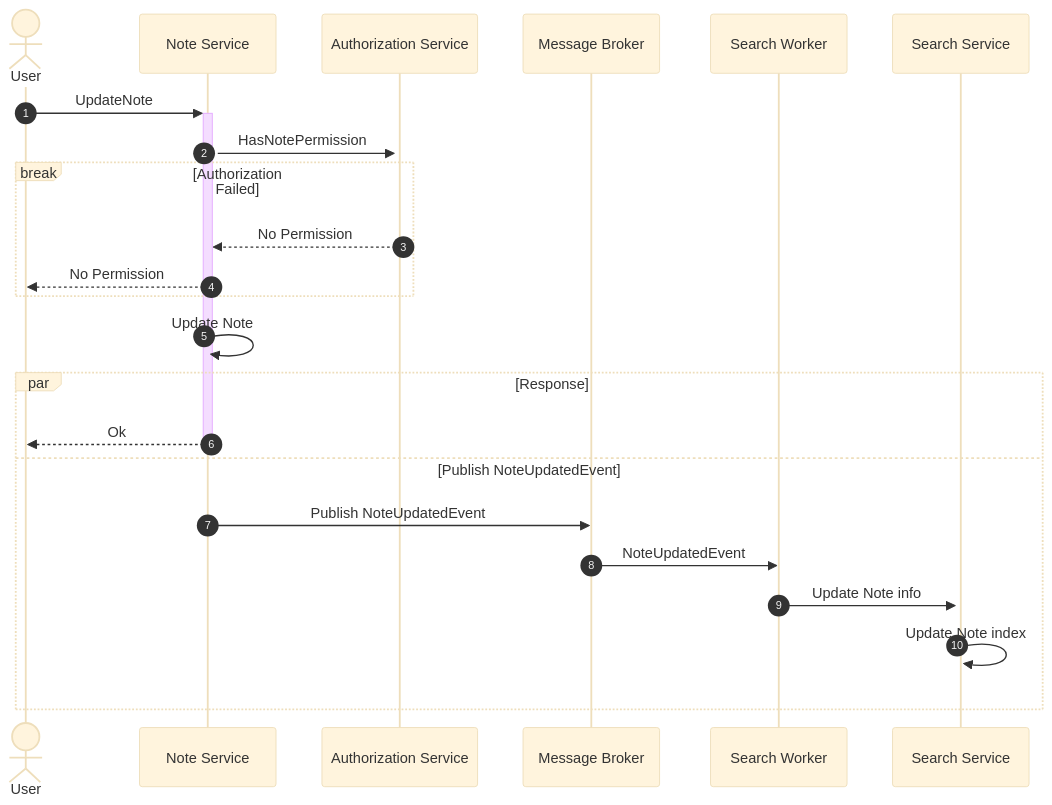
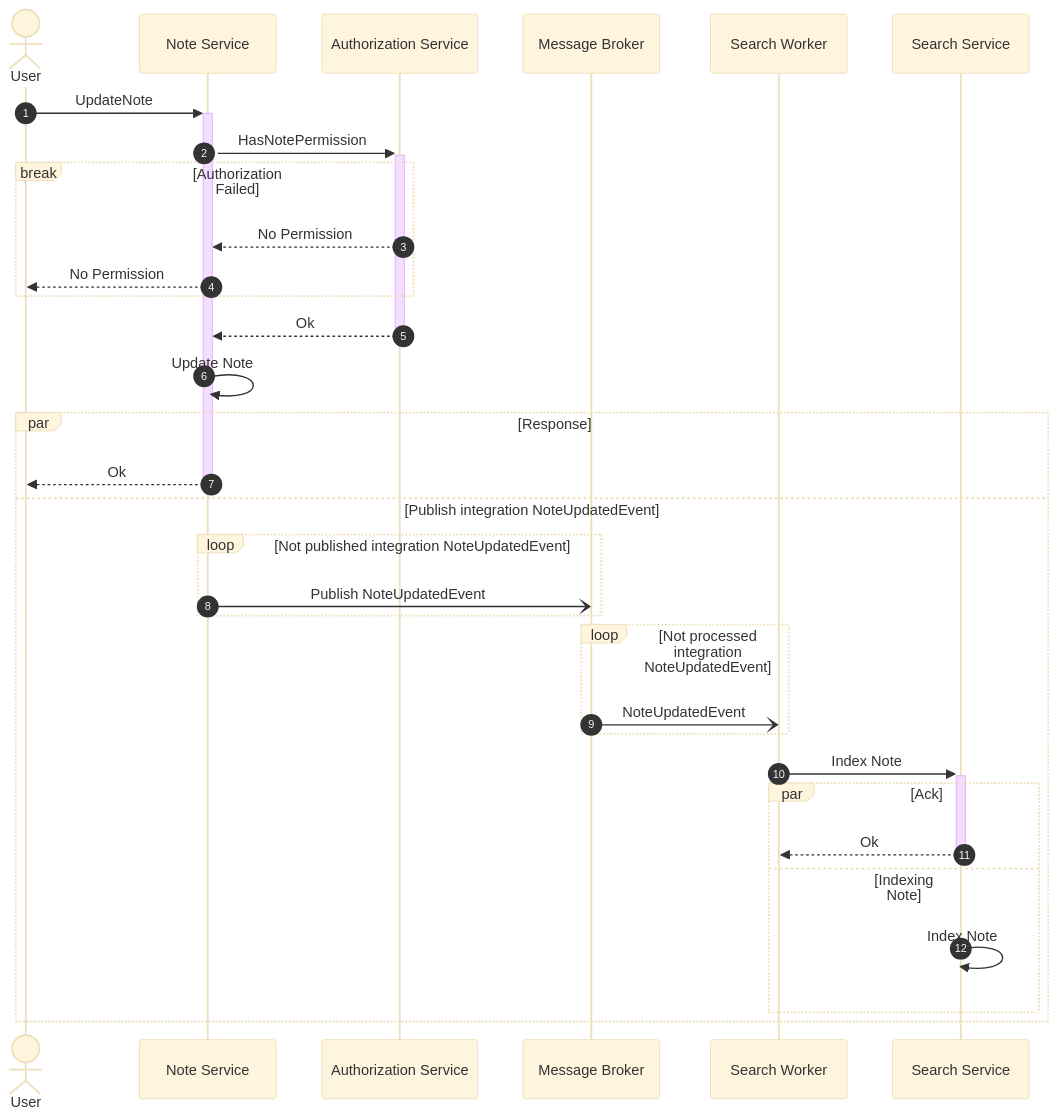
One commit to notopia-uit/notopia changed the fourth of 5 diagrams in docs/src/references/sequence/note.md. Above: the diagram before and after it, drawn with Mermaid (base theme). The commit also changed other lines of this file and 3 other files, not shown here.

Commit message:
feat(docs): update diagrams

````diff
--- a/docs/src/references/sequence/note.md
+++ b/docs/src/references/sequence/note.md
@@ -120,27 +149,36 @@
 ```mermaid
 sequenceDiagram
     autonumber
 
     actor U as User
     participant NS as Note Service
     participant AS as Authorization Service
     participant MB as Message Broker
     participant SW as Search Worker
     participant SS as Search Service
 
     U->>+NS: UpdateNote
     NS->>+AS: HasNotePermission
     break Authorization Failed
         AS-->>NS: No Permission
         NS-->>U: No Permission
     end
+    AS-->>-NS: Ok
     NS->>NS: Update Note
     par Response
         NS-->>-U: Ok
-    and Publish NoteUpdatedEvent
-        NS->>MB: Publish NoteUpdatedEvent
-        MB->>SW: NoteUpdatedEvent
-        SW->>+SS: Update Note info
-        SS->>+SS: Update Note index
+    and Publish integration NoteUpdatedEvent
+        loop Not published integration NoteUpdatedEvent
+            NS-)MB: Publish NoteUpdatedEvent
+        end
+        loop Not processed integration NoteUpdatedEvent
+            MB-)SW: NoteUpdatedEvent
+        end
+        SW->>+SS: Index Note
+        par Ack
+            SS-->>-SW: Ok
+        and Indexing Note
+            SS->>SS: Index Note
+        end
     end
 ```
````
